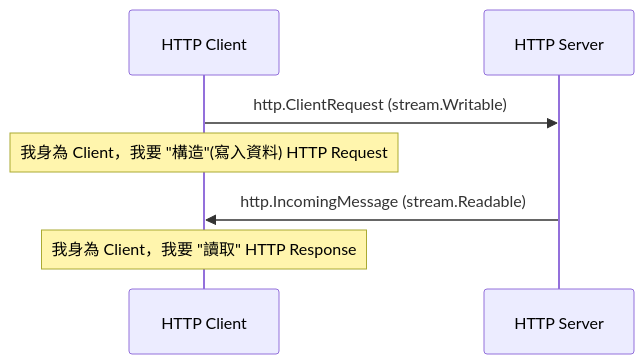
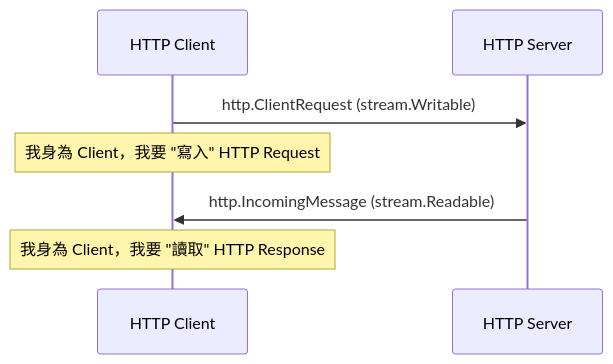
The second of 3 diagrams in docs/nodejs/stream.md (samuel871211/yusheng-tech-blog), drawn with Mermaid before and after one commit. The commit also changed other lines of this file, not shown here.

````diff
--- a/docs/nodejs/stream.md
+++ b/docs/nodejs/stream.md
@@ -35,11 +35,11 @@
 ```mermaid
 sequenceDiagram
   participant HTTP Client
   participant HTTP Server
 
   HTTP Client ->> HTTP Server: http.ClientRequest (stream.Writable)
-  Note over HTTP Client: 我身為 Client，我要 "構造"(寫入資料) HTTP Request
+  Note over HTTP Client: 我身為 Client，我要 "寫入" HTTP Request
 
   HTTP Server ->> HTTP Client: http.IncomingMessage (stream.Readable)
   Note over HTTP Client: 我身為 Client，我要 "讀取" HTTP Response
 ```
````
